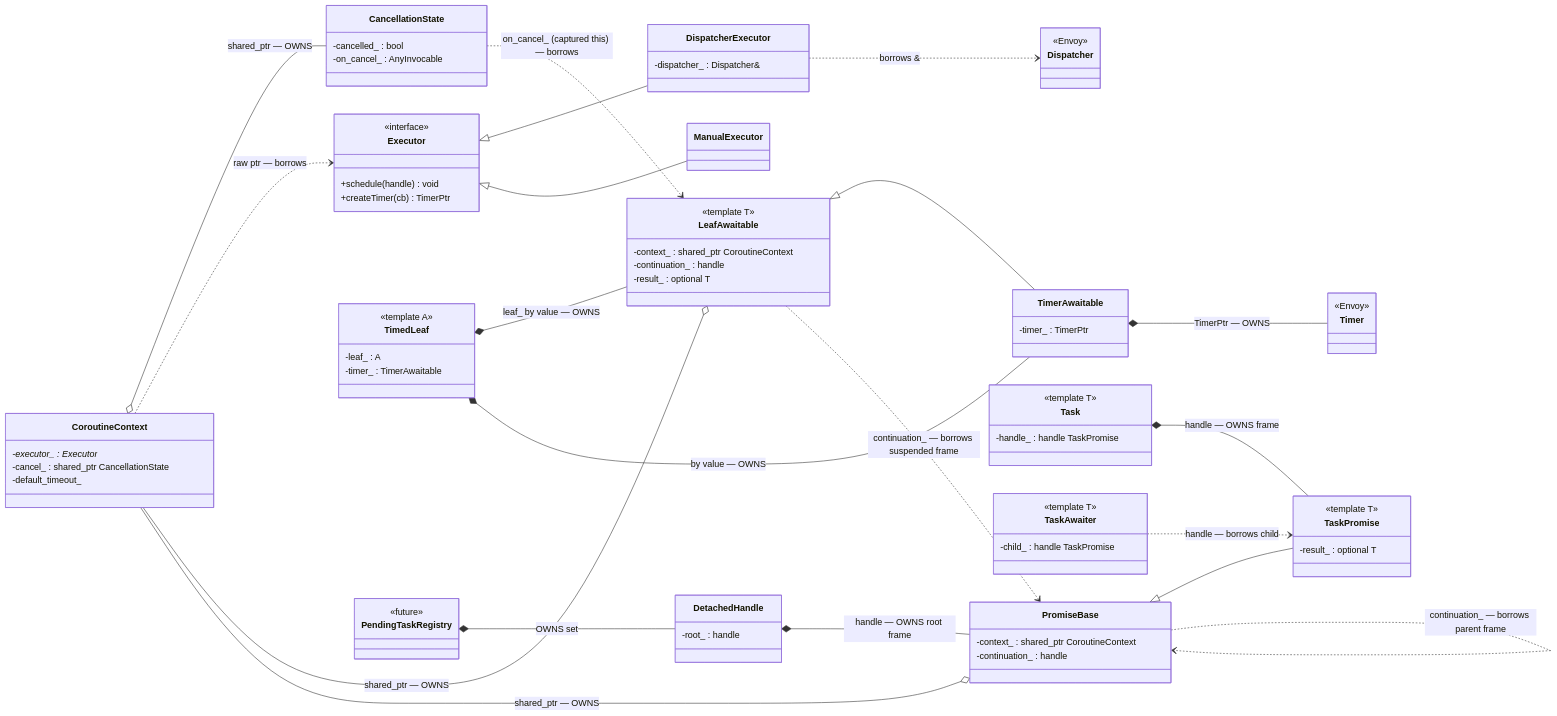
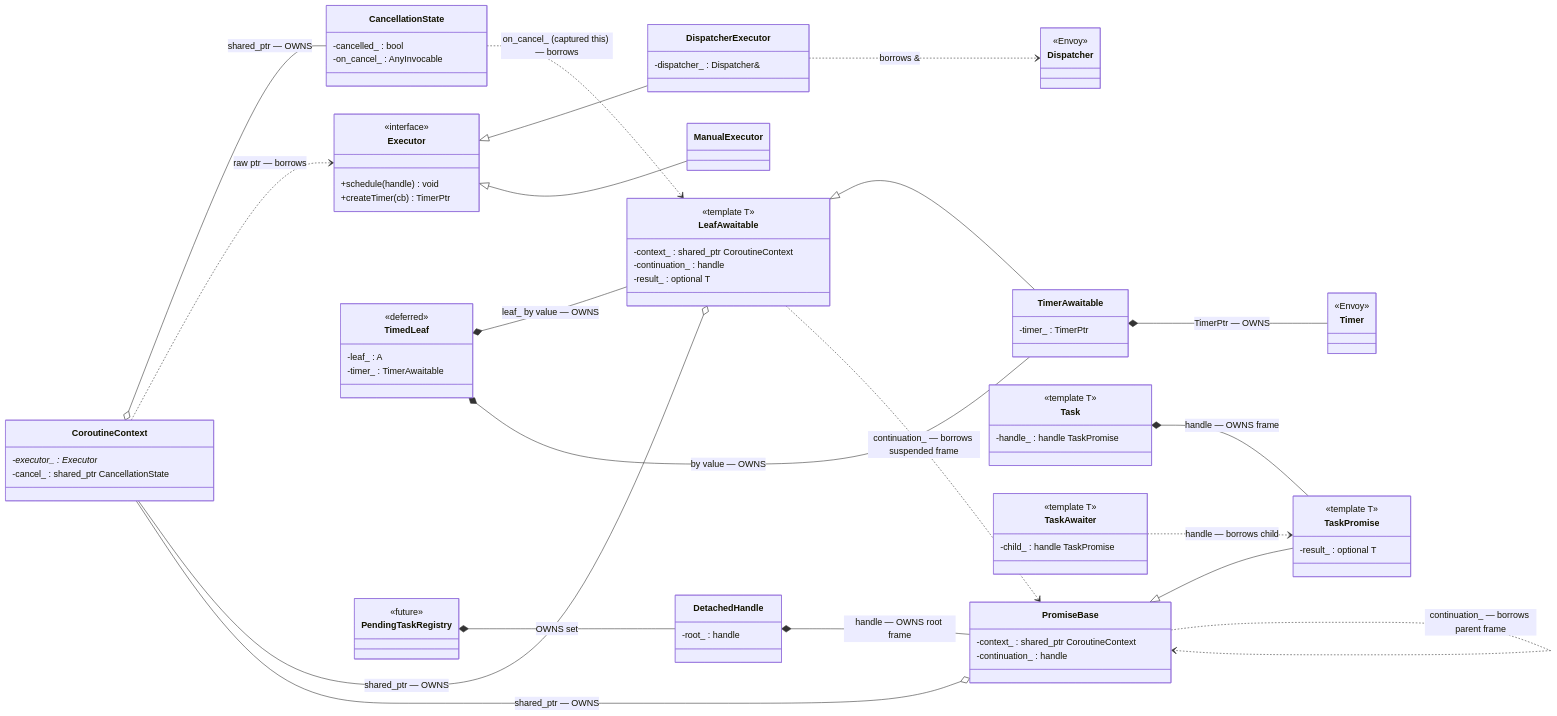
One commit to penguingao/thoughts changed the diagram in 20260717_CORO_IMPL_PLAN.md. Above: the diagram before and after it, drawn with Mermaid. The commit also changed other lines of this file, not shown here.

Commit message:
refind the plan to defer timeout

```diff
--- a/20260717_CORO_IMPL_PLAN.md
+++ b/20260717_CORO_IMPL_PLAN.md
@@ -410,7 +424,6 @@
     class CoroutineContext {
         -executor_ : Executor*
         -cancel_ : shared_ptr CancellationState
-        -default_timeout_
     }
     class CancellationState {
         -cancelled_ : bool
@@ -453,7 +466,7 @@
         -timer_ : TimerPtr
     }
     class TimedLeaf {
-        <<template A>>
+        <<deferred>>
         -leaf_ : A
         -timer_ : TimerAwaitable
     }
```
